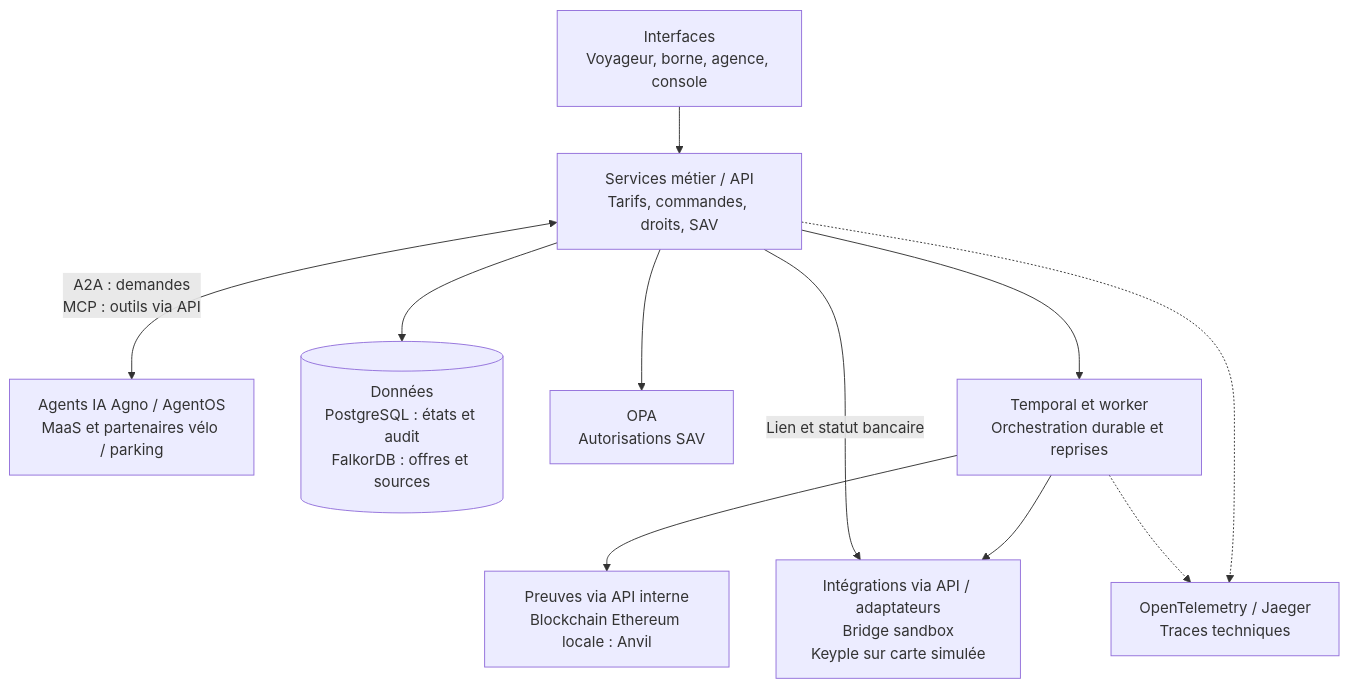
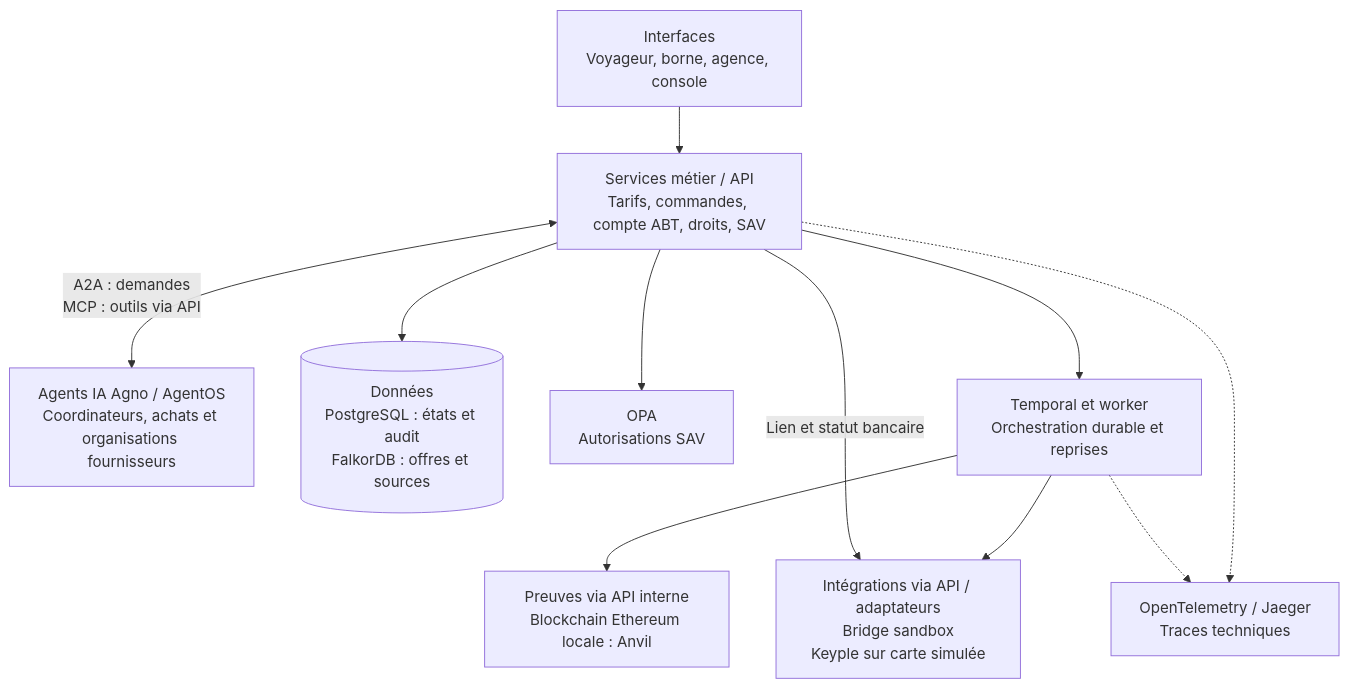
One commit to MaillardBenjamin/agentic-maas-lab changed the diagram in docs/architecture/README.md. Above: the diagram before and after it, drawn with Mermaid. The commit also changed other lines of this file and 60 other files, not shown here.

````diff
--- a/docs/architecture/README.md
+++ b/docs/architecture/README.md
@@ -32,13 +34,13 @@
 ```mermaid
 flowchart TB
-    UI["Interfaces<br/>Voyageur, borne, agence, console"] --> API["Services métier / API<br/>Tarifs, commandes, droits, SAV"]
-    API <-->|"A2A : demandes<br/>MCP : outils via API"| IA["Agents IA Agno / AgentOS<br/>MaaS et partenaires vélo / parking"]
+    UI["Interfaces<br/>Voyageur, borne, agence, console"] --> API["Services métier / API<br/>Tarifs, commandes, compte ABT, droits, SAV"]
+    API <-->|"A2A : demandes<br/>MCP : outils via API"| IA["Agents IA Agno / AgentOS<br/>Coordinateurs, achats et organisations fournisseurs"]
     API --> DATA[("Données<br/>PostgreSQL : états et audit<br/>FalkorDB : offres et sources")]
     API --> OPA["OPA<br/>Autorisations SAV"]
     API --> T["Temporal et worker<br/>Orchestration durable et reprises"]
     T --> EXT["Intégrations via API / adaptateurs<br/>Bridge sandbox<br/>Keyple sur carte simulée"]
     API -->|"Lien et statut bancaire"| EXT
     T --> PROOF["Preuves via API interne<br/>Blockchain Ethereum locale : Anvil"]
     API -.-> OBS["OpenTelemetry / Jaeger<br/>Traces techniques"]
     T -.-> OBS
 ```
````
